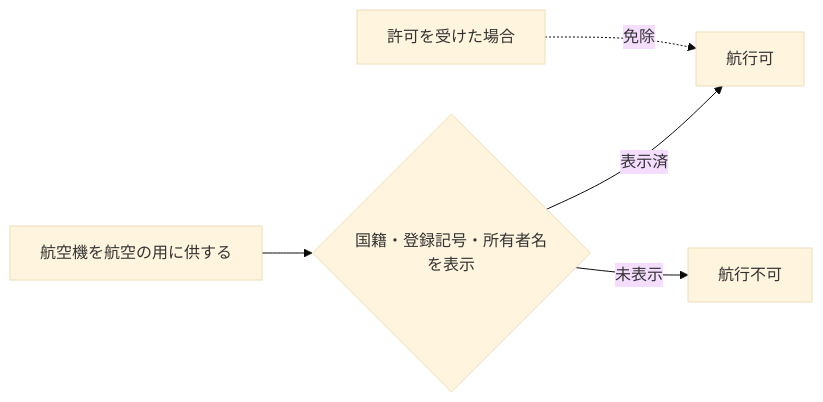
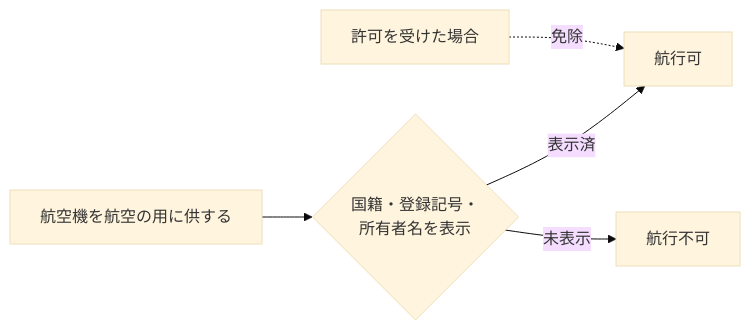
Before and after one commit to yonemotoBB/pil: the first of 30 diagrams in chapters/06_第六章.md, drawn with Mermaid (base theme). The commit also changed other lines of this file, not shown here.

````diff
--- a/chapters/06_第六章.md
+++ b/chapters/06_第六章.md
@@ -15,7 +15,7 @@
 ```mermaid
 flowchart LR
-  A["航空機を航空の用に供する"] --> B{"国籍・登録記号・所有者名を表示"}
+  A["航空機を航空の用に供する"] --> B{"国籍・登録記号・<br>所有者名を表示"}
   B -- 表示済 --> C["航行可"]
   B -- 未表示 --> D["航行不可"]
   E["許可を受けた場合"] -. 免除 .-> C
 ```
````
